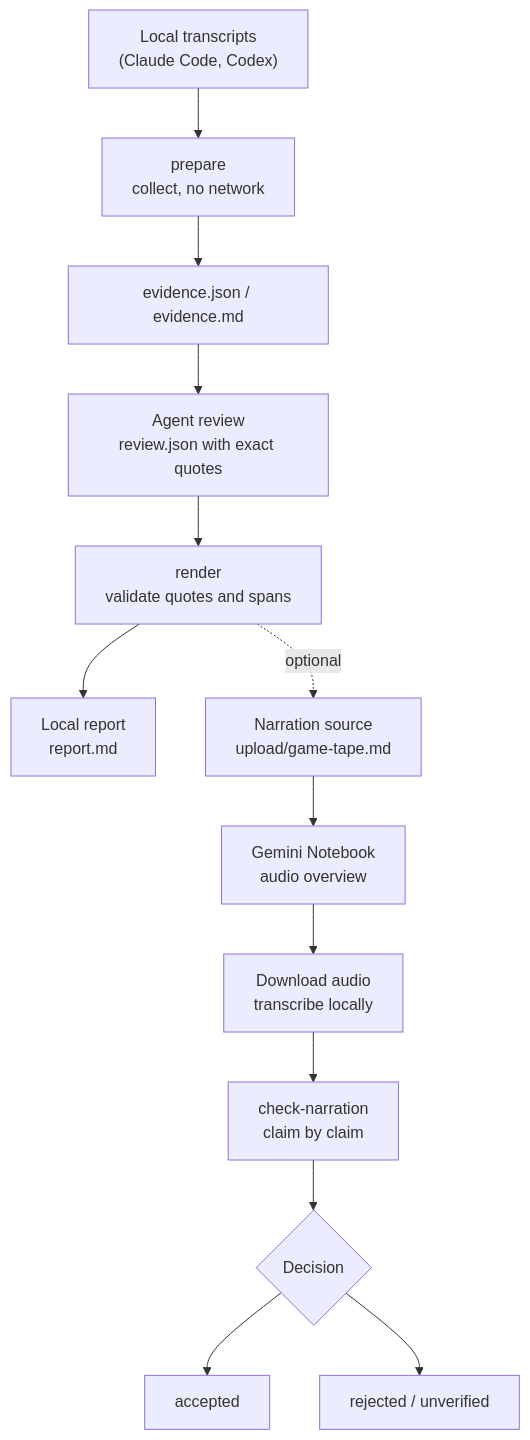
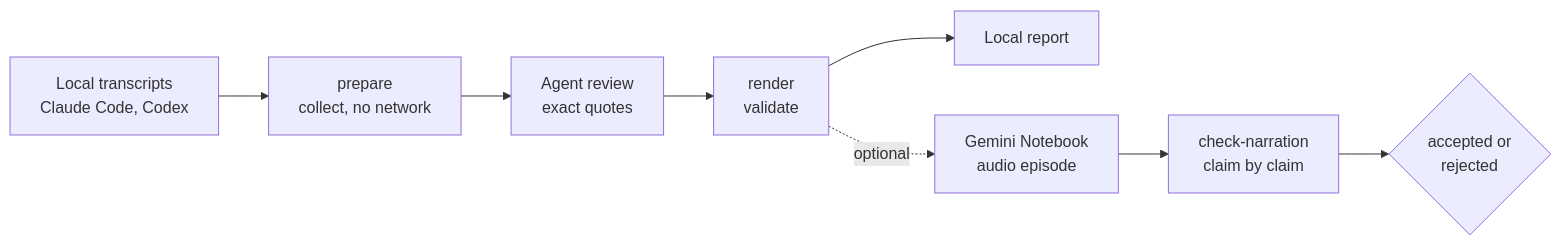
Before and after one commit to Leit-motif/agent-game-tape: the diagram in README.md, drawn with Mermaid.

Commit message:
docs(readme): compact left-to-right pipeline diagram
Refs #8

````diff
--- a/README.md
+++ b/README.md
@@ -75,15 +75,10 @@
 ```mermaid
-flowchart TD
-    A["Local transcripts<br/>(Claude Code, Codex)"] --> B["prepare<br/>collect, no network"]
-    B --> C["evidence.json / evidence.md"]
-    C --> D["Agent review<br/>review.json with exact quotes"]
-    D --> E["render<br/>validate quotes and spans"]
-    E --> F["Local report<br/>report.md"]
-    E -. optional .-> G["Narration source<br/>upload/game-tape.md"]
-    G --> H["Gemini Notebook<br/>audio overview"]
-    H --> I["Download audio<br/>transcribe locally"]
-    I --> J["check-narration<br/>claim by claim"]
-    J --> K{"Decision"}
-    K --> L["accepted"]
-    K --> M["rejected / unverified"]
+flowchart LR
+    A["Local transcripts<br/>Claude Code, Codex"] --> B["prepare<br/>collect, no network"]
+    B --> C["Agent review<br/>exact quotes"]
+    C --> D["render<br/>validate"]
+    D --> E["Local report"]
+    D -. optional .-> F["Gemini Notebook<br/>audio episode"]
+    F --> G["check-narration<br/>claim by claim"]
+    G --> H{"accepted or<br/>rejected"}
 ```
````
